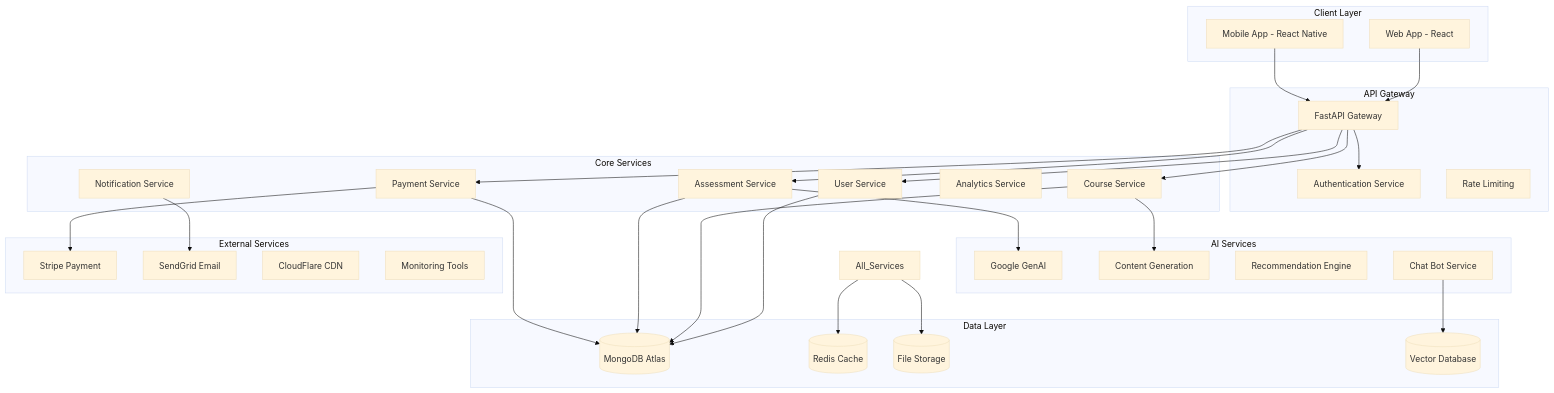
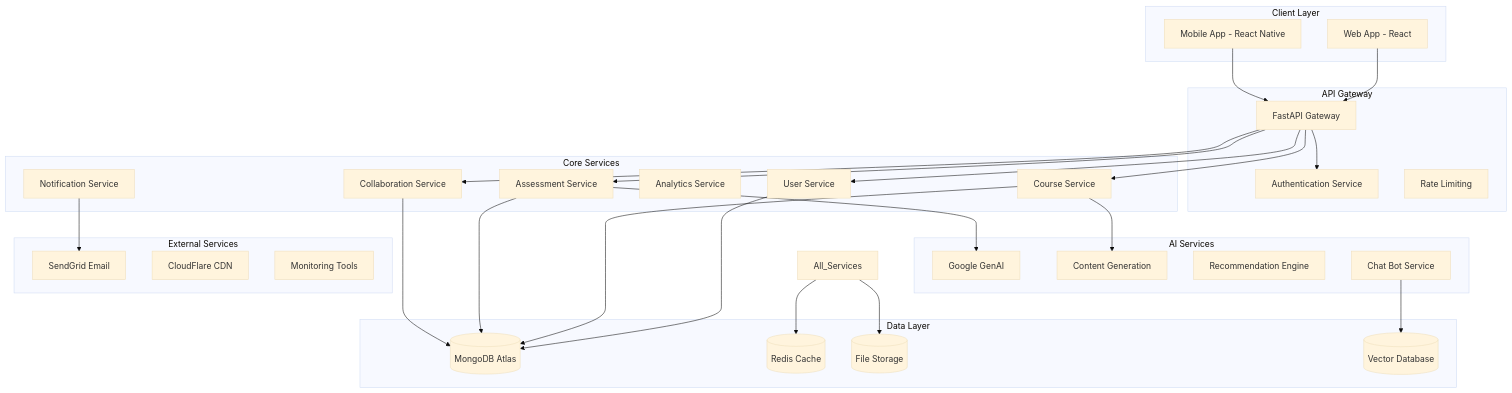
One commit to ta28nov/LEARNING-AI changed the second of 8 diagrams in HE_THONG.md. Above: the diagram before and after it, drawn with Mermaid (base theme). The commit also changed other lines of this file and 1 other file, not shown here.

````diff
--- a/HE_THONG.md
+++ b/HE_THONG.md
@@ -435,67 +435,65 @@
 ```mermaid
 graph TB
     subgraph "Client Layer"
         WEB[Web App - React]
         MOBILE[Mobile App - React Native]
     end
     
     subgraph "API Gateway"
         GATEWAY[FastAPI Gateway]
         AUTH[Authentication Service]
         RATE_LIMIT[Rate Limiting]
     end
     
-    subgraph "Core Services"
-        USER_SVC[User Service]
-        COURSE_SVC[Course Service]
-        ASSESSMENT_SVC[Assessment Service]
-        PAYMENT_SVC[Payment Service]
-        ANALYTICS_SVC[Analytics Service]
-        NOTIFICATION_SVC[Notification Service]
-    end
+  subgraph "Core Services"
+    USER_SVC[User Service]
+    COURSE_SVC[Course Service]
+    ASSESSMENT_SVC[Assessment Service]
+    ANALYTICS_SVC[Analytics Service]
+    NOTIFICATION_SVC[Notification Service]
+    COLLAB_SVC[Collaboration Service]
+  end
     
     subgraph "AI Services"
         GENAI[Google GenAI]
         CONTENT_AI[Content Generation]
         RECOMMENDATION[Recommendation Engine]
         CHAT_AI[Chat Bot Service]
     end
     
     subgraph "Data Layer"
         MONGODB[(MongoDB Atlas)]
         REDIS[(Redis Cache)]
         S3[(File Storage)]
         VECTOR_DB[(Vector Database)]
     end
     
-    subgraph "External Services"
-        STRIPE[Stripe Payment]
-        EMAIL[SendGrid Email]
-        CDN[CloudFlare CDN]
-        MONITOR[Monitoring Tools]
-    end
+  subgraph "External Services"
+    EMAIL[SendGrid Email]
+    CDN[CloudFlare CDN]
+    MONITOR[Monitoring Tools]
+  end
     
     WEB --> GATEWAY
     MOBILE --> GATEWAY
     
     GATEWAY --> AUTH
     GATEWAY --> USER_SVC
     GATEWAY --> COURSE_SVC
-    GATEWAY --> ASSESSMENT_SVC
-    GATEWAY --> PAYMENT_SVC
+  GATEWAY --> ASSESSMENT_SVC
+  GATEWAY --> COLLAB_SVC
     
     USER_SVC --> MONGODB
     COURSE_SVC --> MONGODB
-    ASSESSMENT_SVC --> MONGODB
-    PAYMENT_SVC --> MONGODB
+  ASSESSMENT_SVC --> MONGODB
+  COLLAB_SVC --> MONGODB
     
     COURSE_SVC --> CONTENT_AI
     ASSESSMENT_SVC --> GENAI
     CHAT_AI --> VECTOR_DB
     
-    PAYMENT_SVC --> STRIPE
     NOTIFICATION_SVC --> EMAIL
     
     All_Services --> REDIS
     All_Services --> S3
 ```
````
